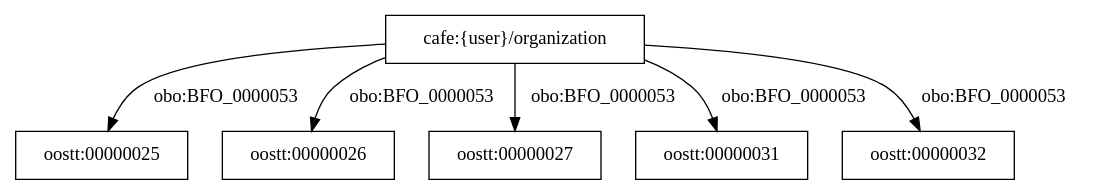
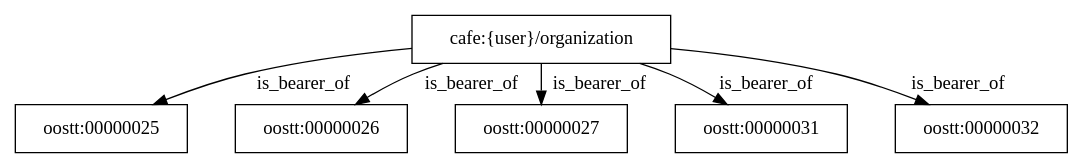
The diagram in cafe/graphs/124.dot (utecht/dideo-server), drawn with Graphviz before and after one commit. The commit also changed 19 other files, not shown here.

Commit message:
changed graph format, added more statements

```diff
--- a/cafe/graphs/124.dot
+++ b/cafe/graphs/124.dot
@@ -1,7 +1,8 @@
 digraph g { node [shape=rectangle];
-"cafe:{user}/organization" -> "oostt:00000025" [label="obo:BFO_0000053"]
-"cafe:{user}/organization" -> "oostt:00000026" [label="obo:BFO_0000053"]
-"cafe:{user}/organization" -> "oostt:00000027" [label="obo:BFO_0000053"]
-"cafe:{user}/organization" -> "oostt:00000031" [label="obo:BFO_0000053"]
-"cafe:{user}/organization" -> "oostt:00000032" [label="obo:BFO_0000053"]
+graph [splines=true, nodesep=.5, ranksep=0, overlap=false];
+"cafe:{user}/organization" -> "oostt:00000025" [label="is_bearer_of"]
+"cafe:{user}/organization" -> "oostt:00000026" [label="is_bearer_of"]
+"cafe:{user}/organization" -> "oostt:00000027" [label="is_bearer_of"]
+"cafe:{user}/organization" -> "oostt:00000031" [label="is_bearer_of"]
+"cafe:{user}/organization" -> "oostt:00000032" [label="is_bearer_of"]
 }
```
